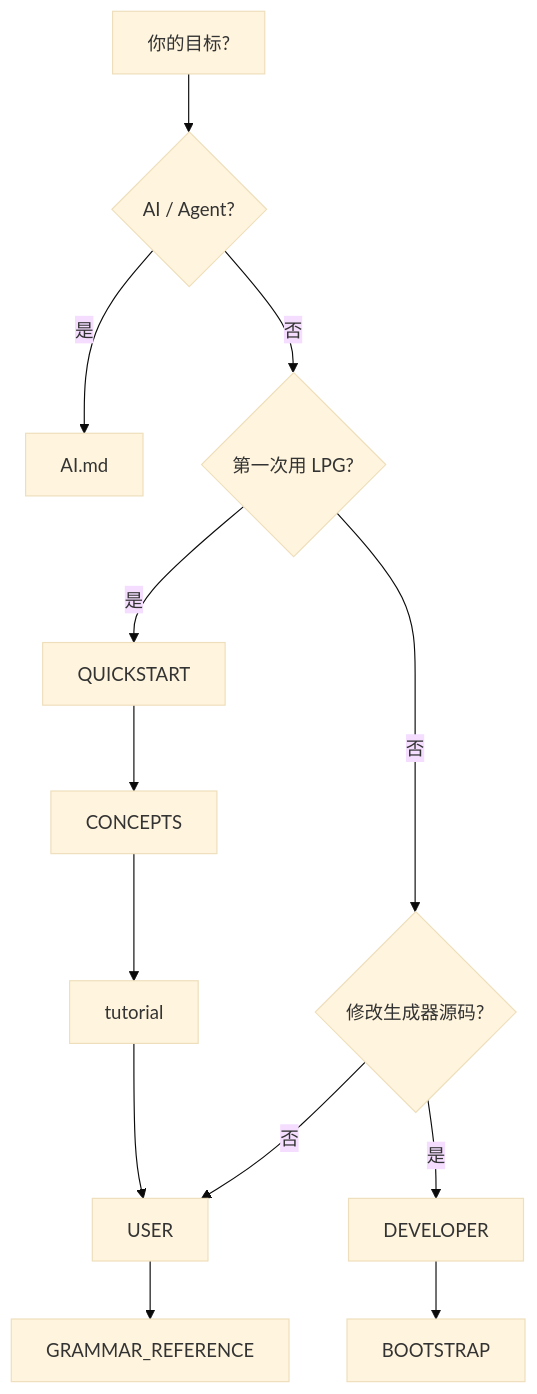
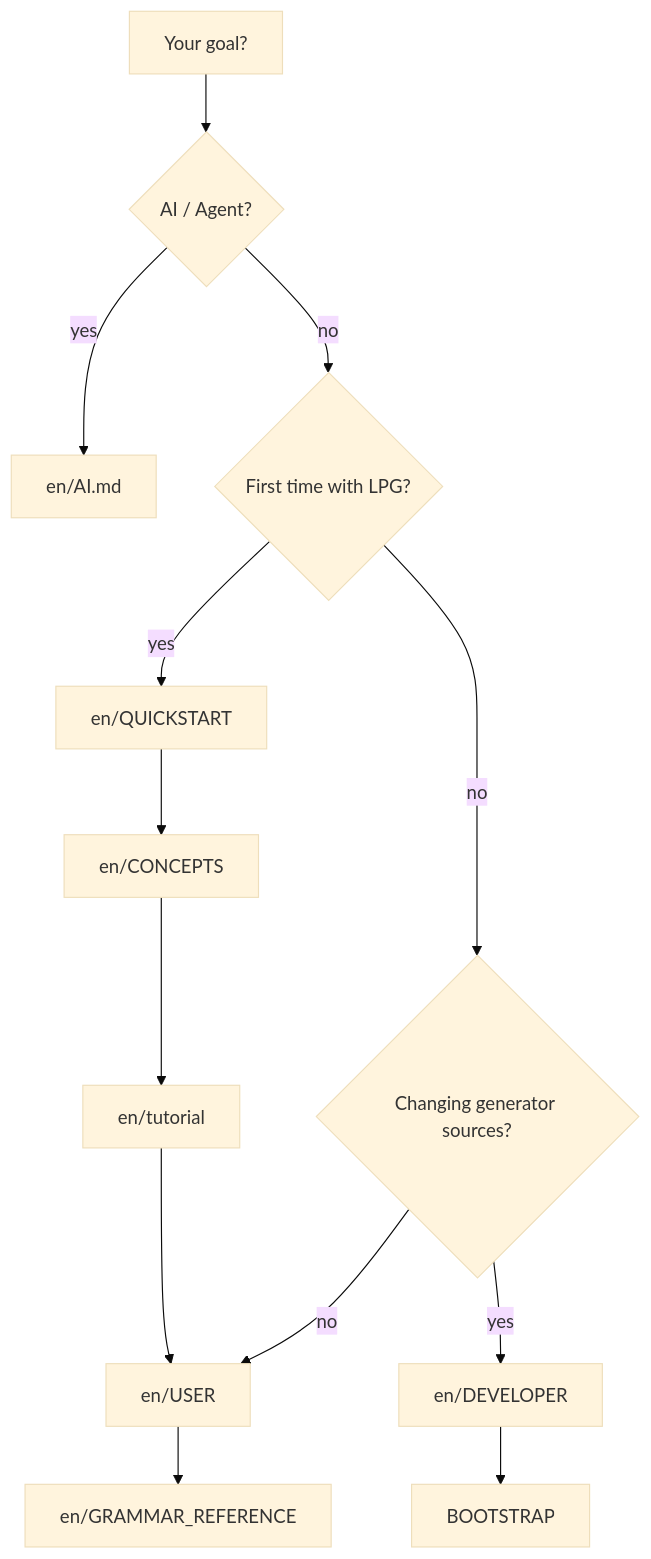
One commit to A-LPG/LPG2 changed the diagram in docs/README.md. Above: the diagram before and after it, drawn with Mermaid (base theme). The commit also changed other lines of this file and 11 other files, not shown here.

````diff
--- a/docs/README.md
+++ b/docs/README.md
@@ -5,15 +7,15 @@
 ```mermaid
 flowchart TD
-  A[你的目标?] --> AI{AI / Agent?}
-  AI -->|是| AIdoc[AI.md]
-  AI -->|否| B{第一次用 LPG?}
-  B -->|是| Q[QUICKSTART]
-  Q --> C[CONCEPTS]
-  C --> T[tutorial]
-  T --> U[USER]
-  U --> G[GRAMMAR_REFERENCE]
-  B -->|否| M{修改生成器源码?}
-  M -->|否| U
-  M -->|是| D[DEVELOPER]
+  A[Your goal?] --> AI{AI / Agent?}
+  AI -->|yes| AIdoc[en/AI.md]
+  AI -->|no| B{First time with LPG?}
+  B -->|yes| Q[en/QUICKSTART]
+  Q --> C[en/CONCEPTS]
+  C --> T[en/tutorial]
+  T --> U[en/USER]
+  U --> G[en/GRAMMAR_REFERENCE]
+  B -->|no| M{Changing generator sources?}
+  M -->|no| U
+  M -->|yes| D[en/DEVELOPER]
   D --> E[BOOTSTRAP]
 ```
````
